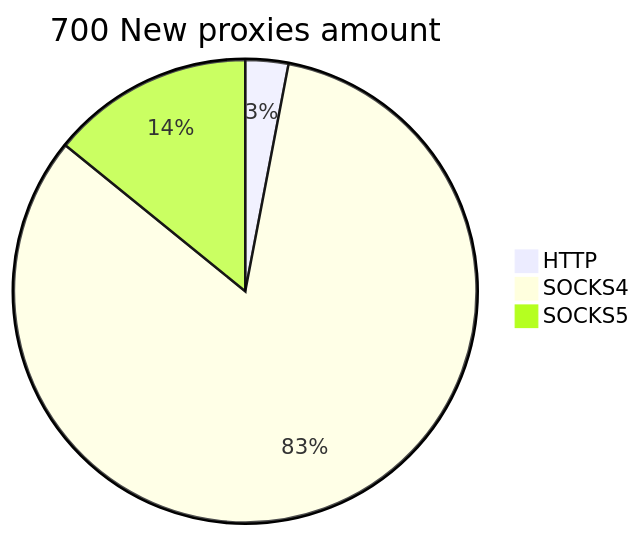
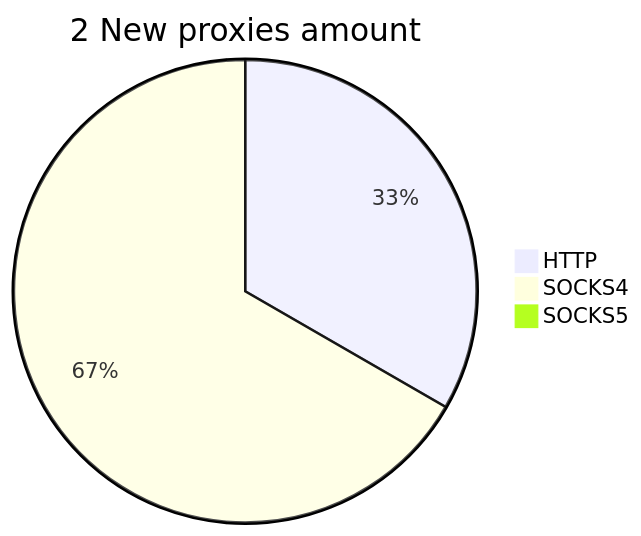
The second of 2 diagrams in README.md (cutipu/proxylist), drawn with Mermaid before and after one commit. The commit also changed other lines of this file, not shown here.

````diff
--- a/README.md
+++ b/README.md
@@ -10,6 +10,6 @@
 ```mermaid
-pie title 700 New proxies amount
-    "HTTP" : 21
-    "SOCKS4" : 580
-    "SOCKS5" : 99
+pie title 2 New proxies amount
+    "HTTP" : 1
+    "SOCKS4" : 2
+    "SOCKS5" : 0
 ```
````
